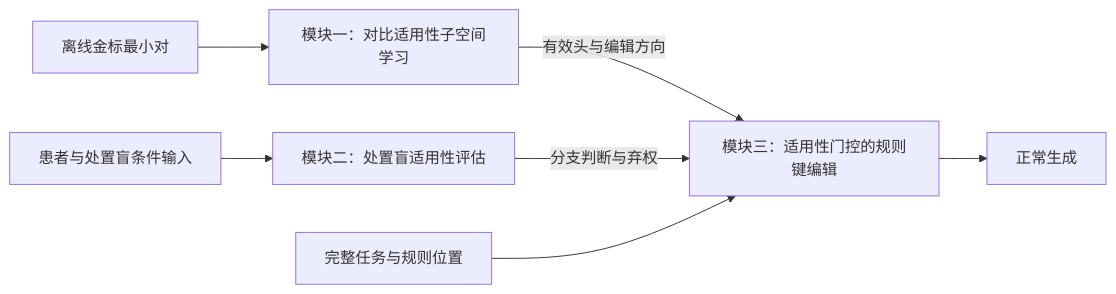
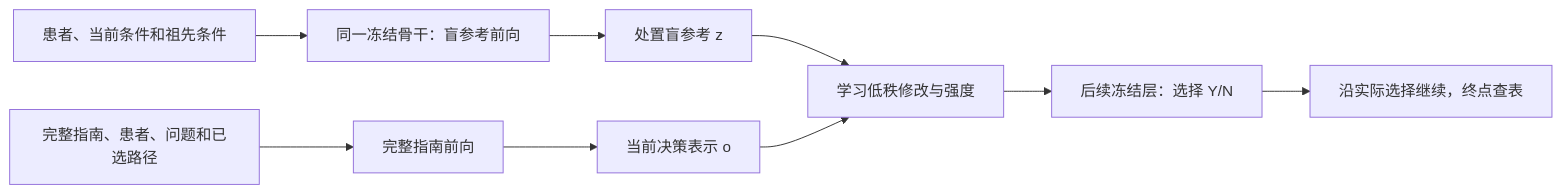
Before and after one commit to chunxi-alpc/TRIAGE: the diagram in docs/ASTER/manuscript.zh.md, drawn with Mermaid. The commit also changed other lines of this file, not shown here.

````diff
--- a/docs/ASTER/manuscript.zh.md
+++ b/docs/ASTER/manuscript.zh.md
@@ -89,9 +71,11 @@
 ```mermaid
 flowchart LR
-  D["离线金标最小对"] --> M1["模块一：对比适用性子空间学习"]
-  P["患者与处置盲条件输入"] --> M2["模块二：处置盲适用性评估"]
-  M1 -->|"有效头与编辑方向"| M3["模块三：适用性门控的规则键编辑"]
-  M2 -->|"分支判断与弃权"| M3
-  G["完整任务与规则位置"] --> M3
-  M3 --> Y["正常生成"]
+    P["患者、当前条件和祖先条件"] --> B["同一冻结骨干：盲参考前向"]
+    G["完整指南、患者、问题和已选路径"] --> F["完整指南前向"]
+    B --> Z["处置盲参考 z"]
+    F --> O["当前决策表示 o"]
+    Z --> E["学习低秩修改与强度"]
+    O --> E
+    E --> D["后续冻结层：选择 Y/N"]
+    D --> N["沿实际选择继续，终点查表"]
 ```
````
